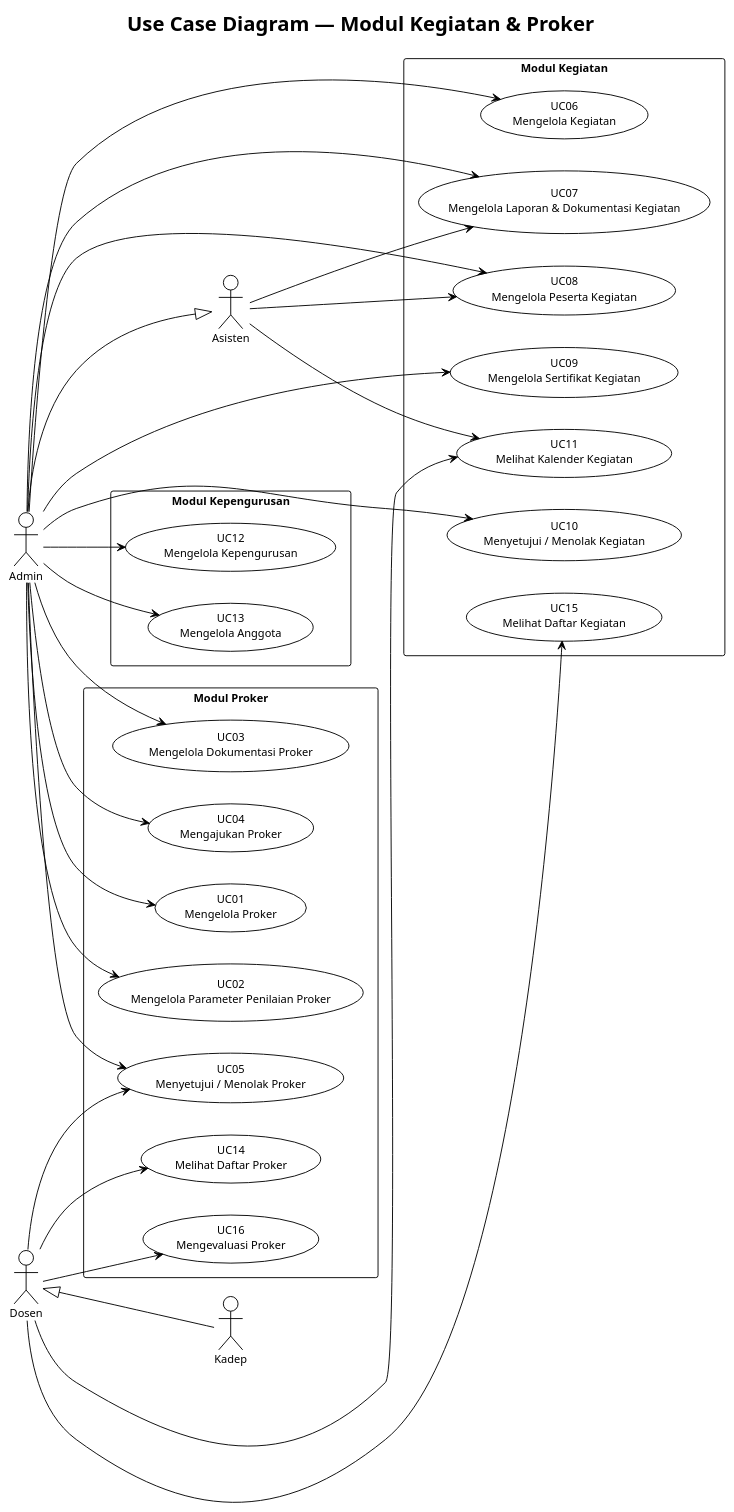
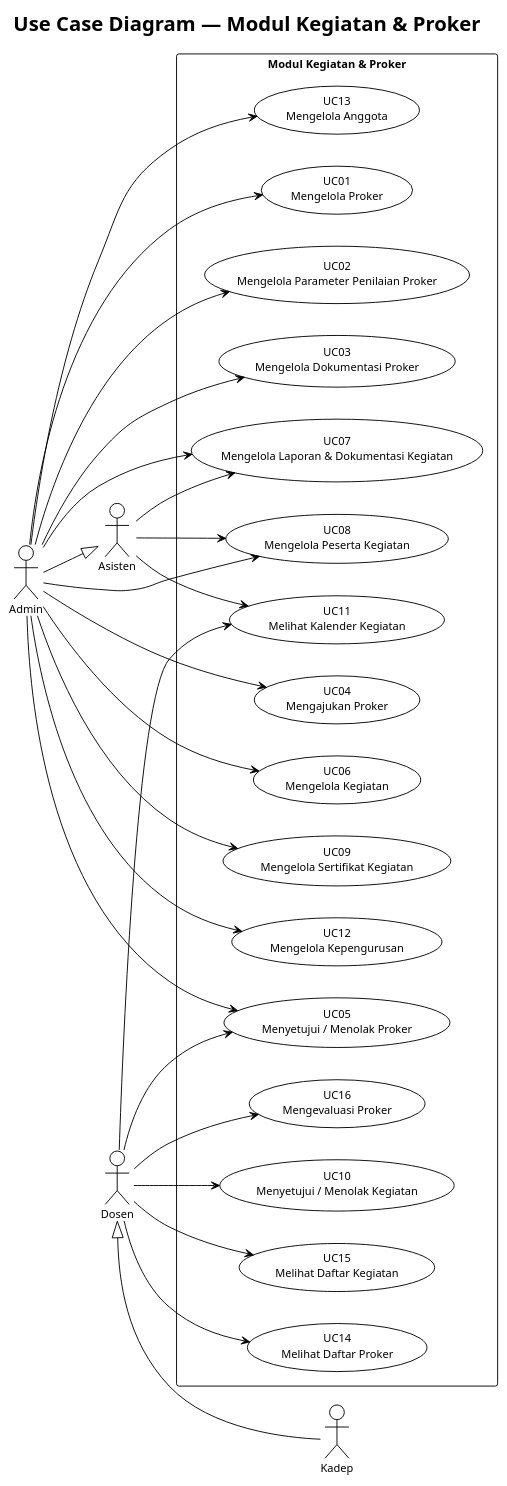
The diagram in docs/kegiatan_proker/usecase/UC_KEGIATAN_PROKER.puml (Habiboys/SILAB-DSI), drawn with PlantUML before and after one commit. The commit also changed 129 other files, not shown here.

```diff
--- a/docs/kegiatan_proker/usecase/UC_KEGIATAN_PROKER.puml
+++ b/docs/kegiatan_proker/usecase/UC_KEGIATAN_PROKER.puml
@@ -1,74 +1,71 @@
 @startuml UC_KEGIATAN_PROKER
 !theme plain
 skinparam defaultFontSize 12
 title Use Case Diagram — Modul Kegiatan & Proker
 left to right direction
 
 actor "Admin"   as Admin
 actor "Asisten" as Asisten
 actor "Dosen"   as Dosen
 actor "Kadep"   as Kadep
 Admin --|> Asisten
 
 ' Generalisasi: Kadep mewarisi akses Dosen
 ' (melihat daftar proker, daftar kegiatan, kalender kegiatan)
 Dosen <|-- Kadep
 
-rectangle "Modul Proker" {
+rectangle "Modul Kegiatan & Proker" {
   usecase "UC01\nMengelola Proker" as UC01
   usecase "UC02\nMengelola Parameter Penilaian Proker" as UC02
   usecase "UC03\nMengelola Dokumentasi Proker" as UC03
   usecase "UC04\nMengajukan Proker" as UC04
   usecase "UC05\nMenyetujui / Menolak Proker" as UC05
   usecase "UC14\nMelihat Daftar Proker" as UC14
   usecase "UC16\nMengevaluasi Proker" as UC16
-}
 
-rectangle "Modul Kegiatan" {
   usecase "UC06\nMengelola Kegiatan" as UC06
   usecase "UC07\nMengelola Laporan & Dokumentasi Kegiatan" as UC07
   usecase "UC08\nMengelola Peserta Kegiatan" as UC08
   usecase "UC09\nMengelola Sertifikat Kegiatan" as UC09
   usecase "UC10\nMenyetujui / Menolak Kegiatan" as UC10
   usecase "UC11\nMelihat Kalender Kegiatan" as UC11
   usecase "UC15\nMelihat Daftar Kegiatan" as UC15
-}
 
-rectangle "Modul Kepengurusan" {
   usecase "UC12\nMengelola Kepengurusan" as UC12
   usecase "UC13\nMengelola Anggota" as UC13
 }
 
 ' Proker
 Admin   --> UC01
 Admin   --> UC02
 Admin   --> UC03
 Admin   --> UC04
 Admin   --> UC05
 
 ' Kegiatan
 Admin   --> UC06
 Admin   --> UC07
 Admin   --> UC08
 Admin   --> UC09
-Admin   --> UC10
+
 Asisten --> UC07
 Asisten --> UC08
 Asisten --> UC11
 
 ' Dosen – kalender kegiatan, daftar proker, daftar kegiatan,
 '          mengevaluasi proker, dan menyetujui / menolak proker
+Dosen   --> UC10
 Dosen   --> UC11
 Dosen   --> UC14
 Dosen   --> UC15
 Dosen   --> UC16
 Dosen   --> UC05
 
-' Kadep – mewarisi semua akses Dosen (UC05, UC11, UC14, UC15, UC16)
+' Kadep – mewarisi semua akses Dosen (UC05, UC10, UC11, UC14, UC15, UC16)
 '         via generalisasi Dosen <|-- Kadep
 
 ' Kepengurusan & Anggota
 Admin   --> UC12
 Admin   --> UC13
 
 @enduml
```
